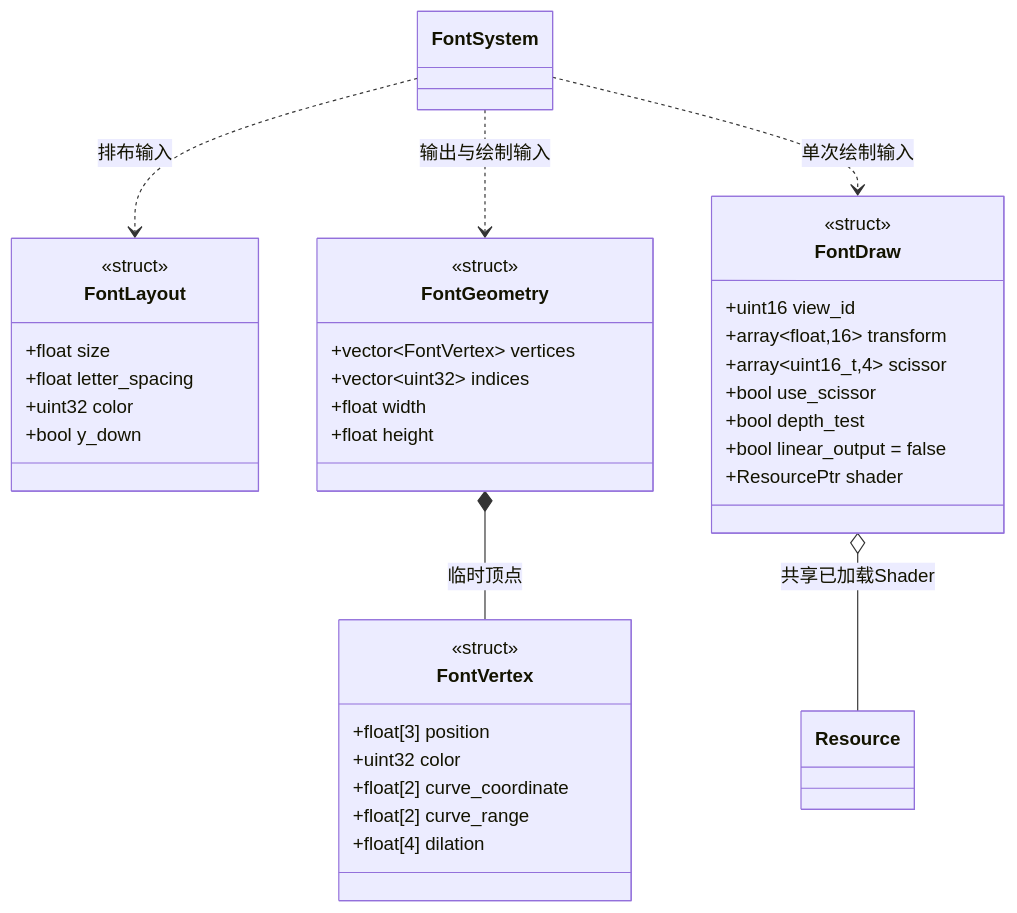
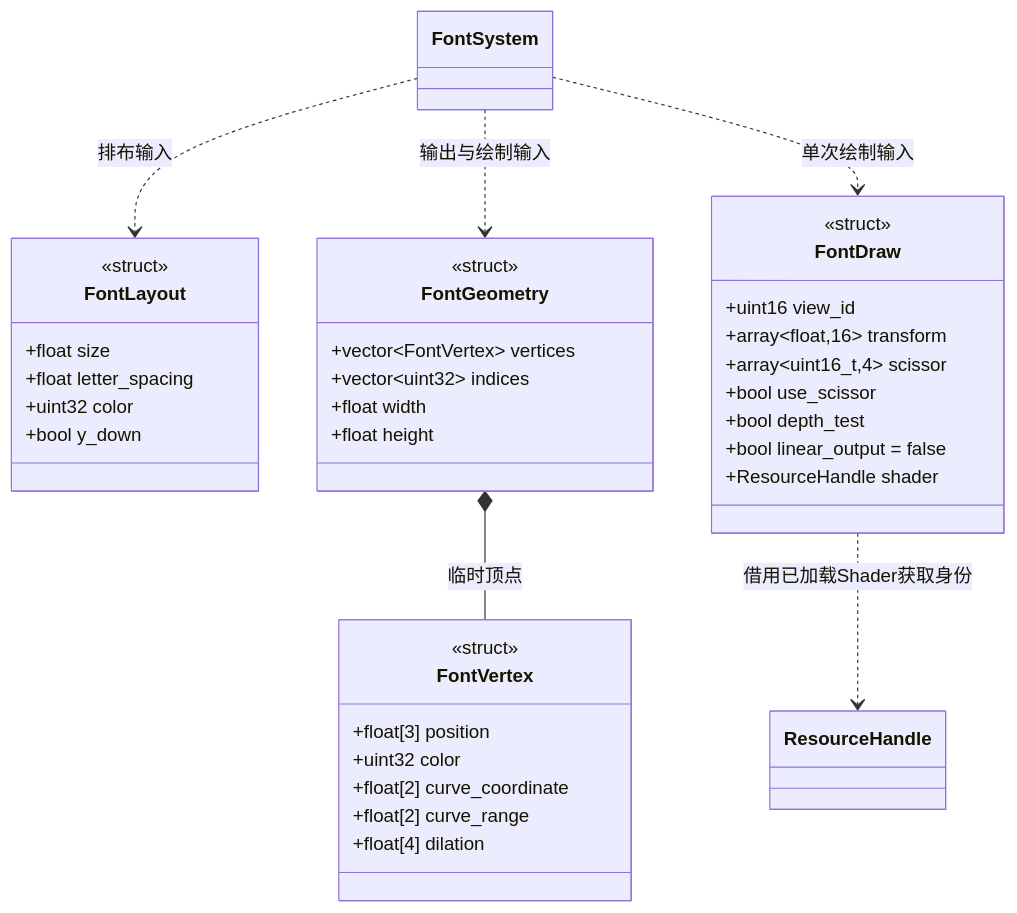
Before and after one commit to lcals/Engine: the second of 2 diagrams in docs/runtime/class-diagrams/font-system.md, drawn with Mermaid. The commit also changed other lines of this file and 391 other files, not shown here.

````diff
--- a/docs/runtime/class-diagrams/font-system.md
+++ b/docs/runtime/class-diagrams/font-system.md
@@ -75,40 +74,40 @@
 ```mermaid
 classDiagram
     class FontLayout {
         <<struct>>
         +float size
         +float letter_spacing
         +uint32 color
         +bool y_down
     }
     class FontVertex {
         <<struct>>
         +float[3] position
         +uint32 color
         +float[2] curve_coordinate
         +float[2] curve_range
         +float[4] dilation
     }
     class FontGeometry {
         <<struct>>
         +vector~FontVertex~ vertices
         +vector~uint32~ indices
         +float width
         +float height
     }
     class FontDraw {
         <<struct>>
         +uint16 view_id
         +array~float,16~ transform
         +array~uint16_t,4~ scissor
         +bool use_scissor
         +bool depth_test
         +bool linear_output = false
-        +ResourcePtr shader
+        +ResourceHandle shader
     }
     FontGeometry *-- FontVertex : 临时顶点
     FontSystem ..> FontLayout : 排布输入
     FontSystem ..> FontGeometry : 输出与绘制输入
     FontSystem ..> FontDraw : 单次绘制输入
-    FontDraw o-- Resource : 共享已加载Shader
+    FontDraw ..> ResourceHandle : 借用已加载Shader获取身份
 ```
````
